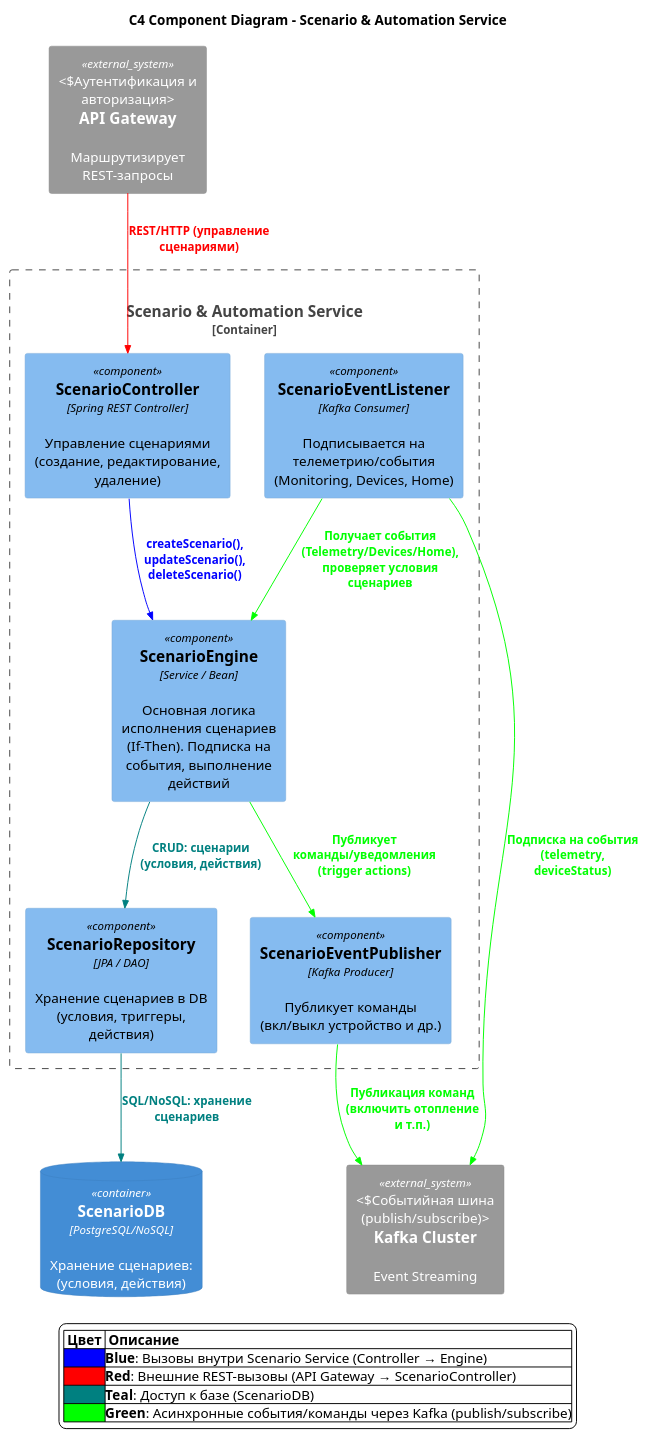
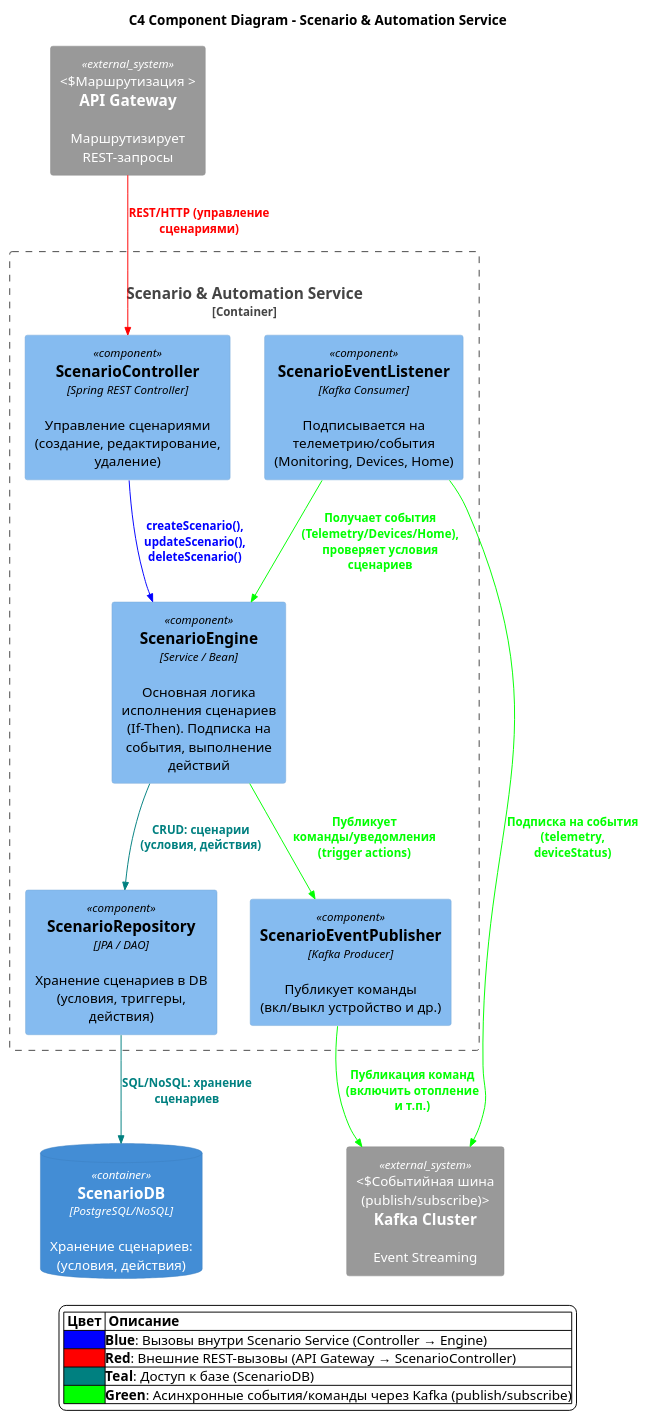
The diagram in docs/to_be/component_ss.puml (abryzgin/architecture-sprint-3), drawn with PlantUML before and after one commit. The commit also changed 5 other files, not shown here.

```diff
--- a/docs/to_be/component_ss.puml
+++ b/docs/to_be/component_ss.puml
@@ -1,65 +1,65 @@
 @startuml
 !include ../c4/C4_Component.puml
 
 ' Делаем связи по умолчанию чёрными
 UpdateRelStyle(black, black)
 
 ' Объявляем теги для цветных линий
 AddRelTag("blueLine",   $lineColor="#0000FF", $textColor="#0000FF")
 AddRelTag("redLine",    $lineColor="#FF0000", $textColor="#FF0000")
 AddRelTag("tealLine",   $lineColor="#008080", $textColor="#008080")
 AddRelTag("greenLine",  $lineColor="#00FF00", $textColor="#00FF00")
 AddRelTag("orangeLine", $lineColor="#FFA500", $textColor="#FFA500")
 
 title C4 Component Diagram – Scenario & Automation Service
 
 ' -- Внешние объекты (за пределами scenarioService) --
-System_Ext(apiGateway, "API Gateway", "Маршрутизирует REST-запросы", "Аутентификация и авторизация")
+System_Ext(apiGateway, "API Gateway", "Маршрутизирует REST-запросы", "Маршрутизация ")
 System_Ext(kafka, "Kafka Cluster", "Event Streaming", "Событийная шина (publish/subscribe)")
 ContainerDb(scenarioDb, "ScenarioDB", "PostgreSQL/NoSQL", "Хранение сценариев: (условия, действия)")
 
 '
 ' --- Граница микросервиса Scenario & Automation Service ---
 '
 Container_Boundary(scenarioService, "Scenario & Automation Service", "Java/Spring Boot") {
     Component(scenarioController, "ScenarioController", "Spring REST Controller", "Управление сценариями (создание, редактирование, удаление)")
     Component(scenarioEngine, "ScenarioEngine", "Service / Bean", "Основная логика исполнения сценариев (If-Then). Подписка на события, выполнение действий")
     Component(scenarioRepository, "ScenarioRepository", "JPA / DAO", "Хранение сценариев в DB (условия, триггеры, действия)")
     Component(eventListener, "ScenarioEventListener", "Kafka Consumer", "Подписывается на телеметрию/события (Monitoring, Devices, Home)")
     Component(eventPublisher, "ScenarioEventPublisher", "Kafka Producer", "Публикует команды (вкл/выкл устройство и др.)")
 }
 
 '
 ' --- Связи внутри микросервиса ---
 '
 Rel(scenarioController, scenarioEngine,    "createScenario(), updateScenario(), deleteScenario()", $tags="blueLine")
 Rel(scenarioEngine,     scenarioRepository,"CRUD: сценарии (условия, действия)",                    $tags="tealLine")
 
 Rel(eventListener, scenarioEngine, "Получает события (Telemetry/Devices/Home), проверяет условия сценариев", $tags="greenLine")
 Rel(scenarioEngine, eventPublisher,"Публикует команды/уведомления (trigger actions)", $tags="greenLine")
 
 '
 ' --- Связи с внешними системами ---
 '
 Rel(apiGateway, scenarioController, "REST/HTTP (управление сценариями)", $tags="redLine")
 Rel(scenarioRepository, scenarioDb, "SQL/NoSQL: хранение сценариев",     $tags="tealLine")
 
 Rel(eventListener,  kafka, "Подписка на события (telemetry, deviceStatus)", $tags="greenLine")
 Rel(eventPublisher, kafka, "Публикация команд (включить отопление и т.п.)", $tags="greenLine")
 
 '
 ' --- Легенда ---
 '
 skinparam legend {
   BackgroundColor #FFFFFF
   BorderColor #000000
   FontColor #000000
 }
 legend
 |= Цвет |= Описание |
 |<#0000FF>|**Blue**: Вызовы внутри Scenario Service (Controller → Engine)|
 |<#FF0000>|**Red**: Внешние REST-вызовы (API Gateway → ScenarioController)|
 |<#008080>|**Teal**: Доступ к базе (ScenarioDB)|
 |<#00FF00>|**Green**: Асинхронные события/команды через Kafka (publish/subscribe)|
 end legend
 @enduml
```
